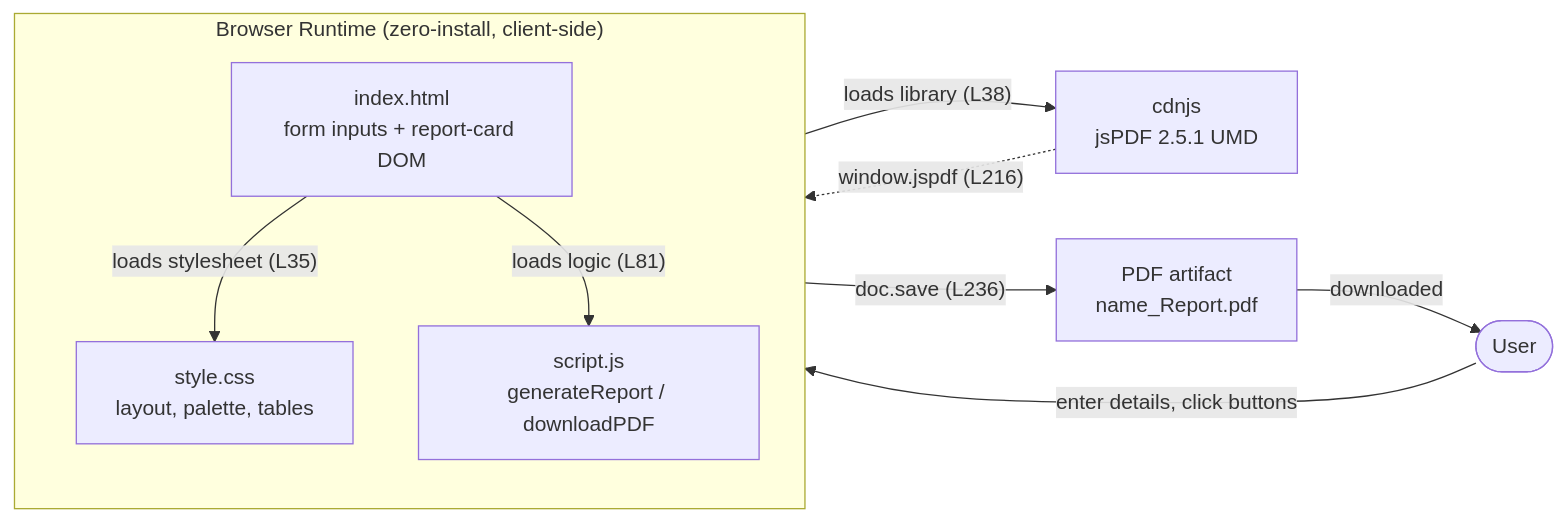
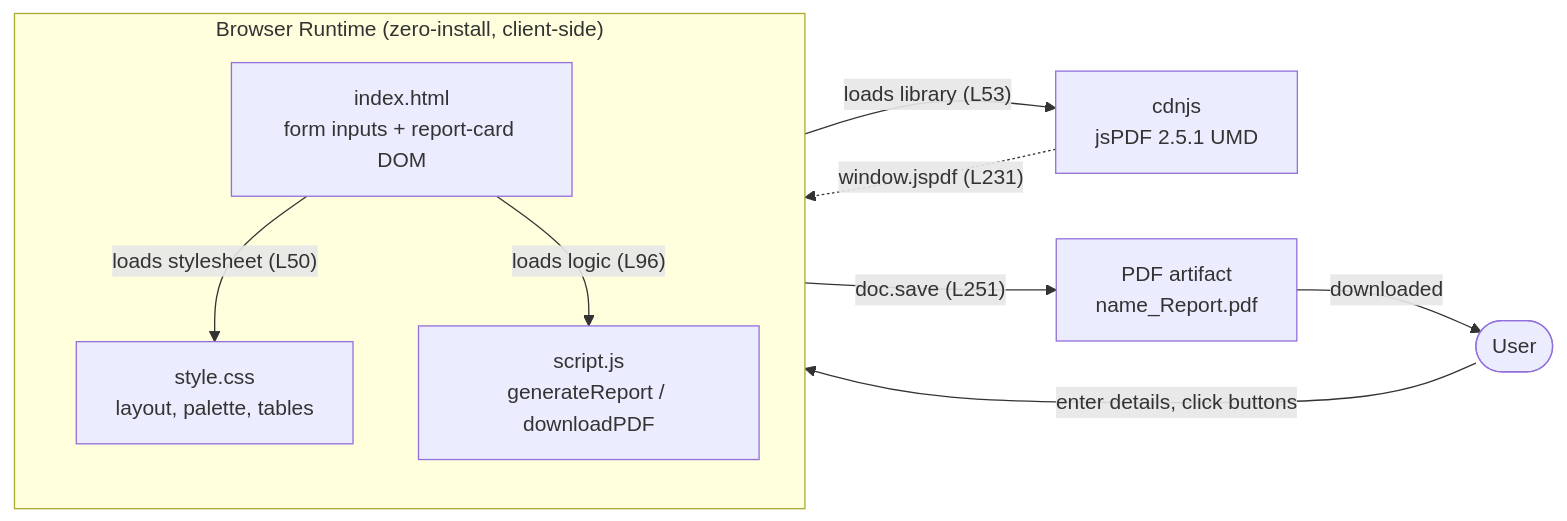
One commit to ajitblitzy/Student_Mngt_09-Jun-2026 changed the diagram in docs/architecture/overview.md. Above: the diagram before and after it, drawn with Mermaid. The commit also changed other lines of this file and 17 other files, not shown here.

````diff
--- a/docs/architecture/overview.md
+++ b/docs/architecture/overview.md
@@ -104,19 +104,19 @@
 ```mermaid
 flowchart LR
     User([User])
     subgraph Browser["Browser Runtime (zero-install, client-side)"]
         direction TB
         HTML["index.html<br/>form inputs + report-card DOM"]
         JS["script.js<br/>generateReport / downloadPDF"]
         CSS["style.css<br/>layout, palette, tables"]
     end
     CDN["cdnjs<br/>jsPDF 2.5.1 UMD"]
     PDF["PDF artifact<br/>name_Report.pdf"]
     User -->|"enter details, click buttons"| HTML
-    HTML -->|"loads stylesheet (L35)"| CSS
-    HTML -->|"loads logic (L81)"| JS
-    HTML -->|"loads library (L38)"| CDN
-    CDN -.->|"window.jspdf (L216)"| JS
-    JS -->|"doc.save (L236)"| PDF
+    HTML -->|"loads stylesheet (L50)"| CSS
+    HTML -->|"loads logic (L96)"| JS
+    HTML -->|"loads library (L53)"| CDN
+    CDN -.->|"window.jspdf (L231)"| JS
+    JS -->|"doc.save (L251)"| PDF
     PDF -->|"downloaded"| User
 ```
````
